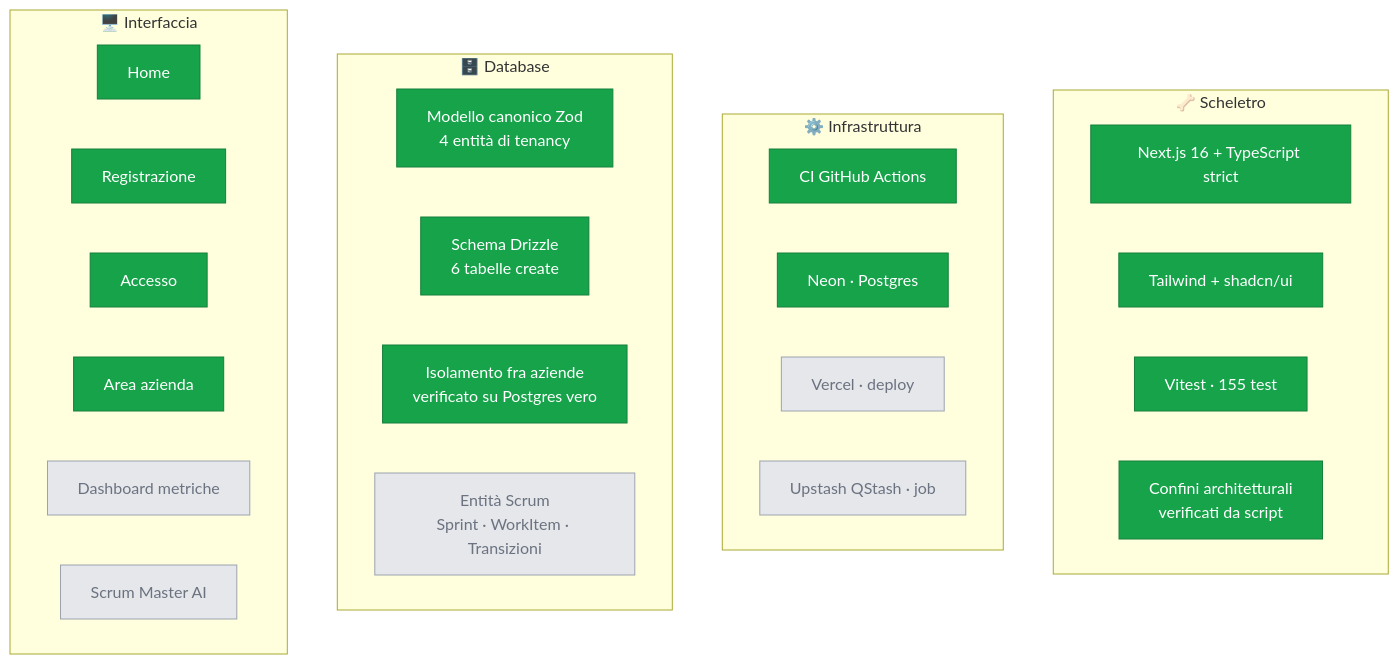
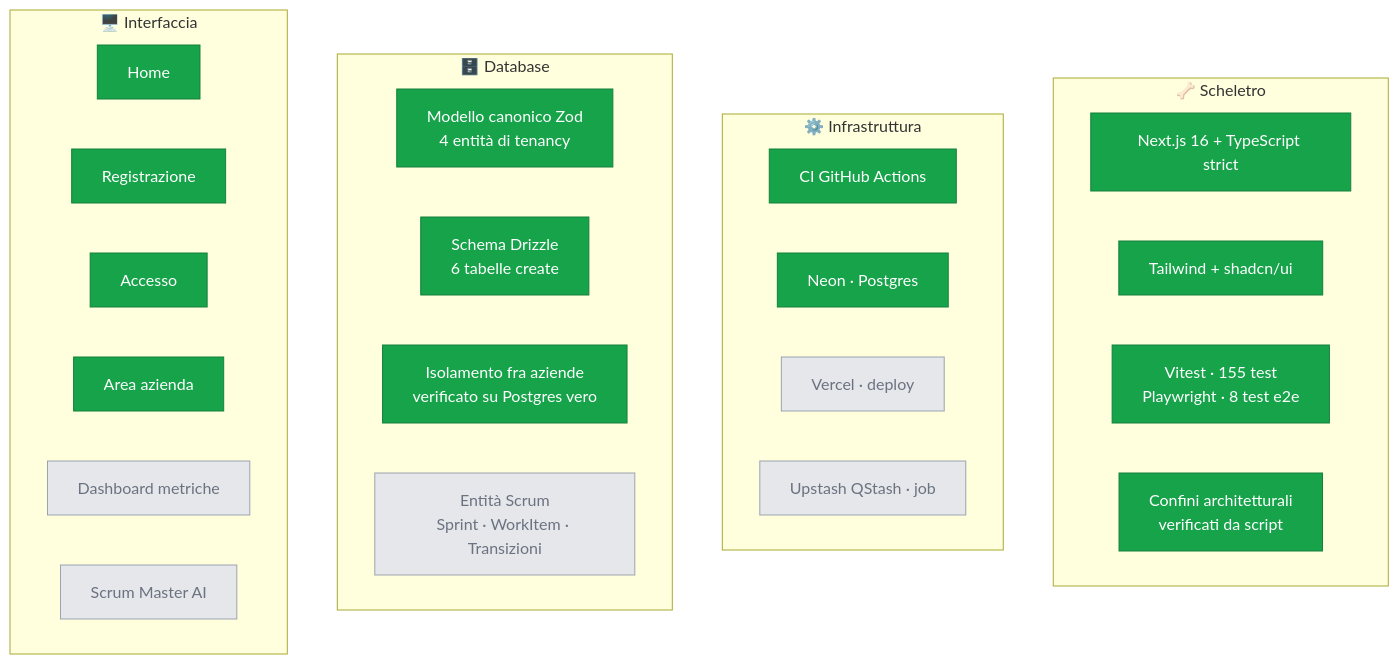
The first of 3 diagrams in docs/stato-progetto.md (dibari62/scrum-master-ai), drawn with Mermaid before and after one commit. The commit also changed other lines of this file and 7 other files, not shown here.

````diff
--- a/docs/stato-progetto.md
+++ b/docs/stato-progetto.md
@@ -12,44 +12,44 @@
 ```mermaid
 graph TB
     subgraph SCH["🦴 Scheletro"]
         S1["Next.js 16 + TypeScript strict"]
         S2["Tailwind + shadcn/ui"]
-        S3["Vitest · 155 test"]
+        S3["Vitest · 155 test<br/>Playwright · 8 test e2e"]
         S4["Confini architetturali<br/>verificati da script"]
     end
 
     subgraph INF["⚙️ Infrastruttura"]
         I1["CI GitHub Actions"]
         I2["Neon · Postgres"]
         I3["Vercel · deploy"]
         I4["Upstash QStash · job"]
     end
 
     subgraph DB["🗄️ Database"]
         D1["Modello canonico Zod<br/>4 entità di tenancy"]
         D2["Schema Drizzle<br/>6 tabelle create"]
         D3["Isolamento fra aziende<br/>verificato su Postgres vero"]
         D4["Entità Scrum<br/>Sprint · WorkItem · Transizioni"]
     end
 
     subgraph UI["🖥️ Interfaccia"]
         U1["Home"]
         U2["Registrazione"]
         U3["Accesso"]
         U4["Area azienda"]
         U5["Dashboard metriche"]
         U6["Scrum Master AI"]
     end
 
     classDef fatto fill:#16a34a,stroke:#15803d,color:#fff
     classDef corso fill:#eab308,stroke:#ca8a04,color:#000
     classDef todo fill:#e5e7eb,stroke:#9ca3af,color:#6b7280
 
     class S1,S2,S3,S4 fatto
     class I1,I2 fatto
     class I3,I4 todo
     class D1,D2,D3 fatto
     class D4 todo
     class U1,U2,U3,U4 fatto
     class U5,U6 todo
 ```
````
